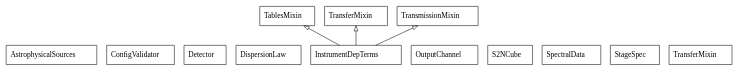
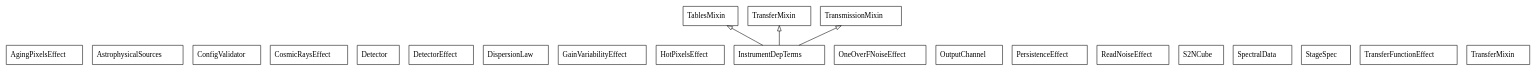
The diagram in docs/uml/classes.dot (mwanakijiji/life_detectors), drawn with Graphviz before and after one commit. The commit also changed 6 other files, not shown here.

Commit message:
detector effect classes

```diff
--- a/docs/uml/classes.dot
+++ b/docs/uml/classes.dot
@@ -1,20 +1,29 @@
 digraph "classes_life_detectors" {
 rankdir=BT
 charset="utf-8"
+"sim_pipeline.modules.core.instrumental.pipeline.AgingPixelsEffect" [color="black", fontcolor="black", label=<AgingPixelsEffect>, shape="record", style="solid"];
 "sim_pipeline.modules.core.astrophysical.AstrophysicalSources" [color="black", fontcolor="black", label=<AstrophysicalSources>, shape="record", style="solid"];
 "sim_pipeline.modules.utils.validator.ConfigValidator" [color="black", fontcolor="black", label=<ConfigValidator>, shape="record", style="solid"];
+"sim_pipeline.modules.core.instrumental.pipeline.CosmicRaysEffect" [color="black", fontcolor="black", label=<CosmicRaysEffect>, shape="record", style="solid"];
 "sim_pipeline.modules.core.instrumental.detector.Detector" [color="black", fontcolor="black", label=<Detector>, shape="record", style="solid"];
+"sim_pipeline.modules.core.instrumental.pipeline.DetectorEffect" [color="black", fontcolor="black", label=<DetectorEffect>, shape="record", style="solid"];
 "sim_pipeline.modules.core.instrumental.dispersion.DispersionLaw" [color="black", fontcolor="black", label=<DispersionLaw>, shape="record", style="solid"];
+"sim_pipeline.modules.core.instrumental.pipeline.GainVariabilityEffect" [color="black", fontcolor="black", label=<GainVariabilityEffect>, shape="record", style="solid"];
+"sim_pipeline.modules.core.instrumental.pipeline.HotPixelsEffect" [color="black", fontcolor="black", label=<HotPixelsEffect>, shape="record", style="solid"];
 "sim_pipeline.modules.core.instrumental.pipeline.InstrumentDepTerms" [color="black", fontcolor="black", label=<InstrumentDepTerms>, shape="record", style="solid"];
+"sim_pipeline.modules.core.instrumental.pipeline.OneOverFNoiseEffect" [color="black", fontcolor="black", label=<OneOverFNoiseEffect>, shape="record", style="solid"];
 "sim_pipeline.modules.core.instrumental.channels.OutputChannel" [color="black", fontcolor="black", label=<OutputChannel>, shape="record", style="solid"];
+"sim_pipeline.modules.core.instrumental.pipeline.PersistenceEffect" [color="black", fontcolor="black", label=<PersistenceEffect>, shape="record", style="solid"];
+"sim_pipeline.modules.core.instrumental.pipeline.ReadNoiseEffect" [color="black", fontcolor="black", label=<ReadNoiseEffect>, shape="record", style="solid"];
 "sim_pipeline.modules.core.calculator.s2n_cube.S2NCube" [color="black", fontcolor="black", label=<S2NCube>, shape="record", style="solid"];
 "sim_pipeline.modules.data.spectra.SpectralData" [color="black", fontcolor="black", label=<SpectralData>, shape="record", style="solid"];
 "sim_pipeline.modules.pipeline_registry.StageSpec" [color="black", fontcolor="black", label=<StageSpec>, shape="record", style="solid"];
 "sim_pipeline.modules.core.instrumental.tables.TablesMixin" [color="black", fontcolor="black", label=<TablesMixin>, shape="record", style="solid"];
+"sim_pipeline.modules.core.instrumental.pipeline.TransferFunctionEffect" [color="black", fontcolor="black", label=<TransferFunctionEffect>, shape="record", style="solid"];
 "sim_pipeline.modules.core.instrumental.transfer.TransferMixin" [color="black", fontcolor="black", label=<TransferMixin>, shape="record", style="solid"];
 "sim_pipeline.modules.core.instrumental.aperture.TransferMixin" [color="black", fontcolor="black", label=<TransferMixin>, shape="record", style="solid"];
 "sim_pipeline.modules.core.instrumental.transmission.TransmissionMixin" [color="black", fontcolor="black", label=<TransmissionMixin>, shape="record", style="solid"];
 "sim_pipeline.modules.core.instrumental.pipeline.InstrumentDepTerms" -> "sim_pipeline.modules.core.instrumental.tables.TablesMixin" [arrowhead="empty", arrowtail="none"];
 "sim_pipeline.modules.core.instrumental.pipeline.InstrumentDepTerms" -> "sim_pipeline.modules.core.instrumental.transfer.TransferMixin" [arrowhead="empty", arrowtail="none"];
 "sim_pipeline.modules.core.instrumental.pipeline.InstrumentDepTerms" -> "sim_pipeline.modules.core.instrumental.transmission.TransmissionMixin" [arrowhead="empty", arrowtail="none"];
 }
```
